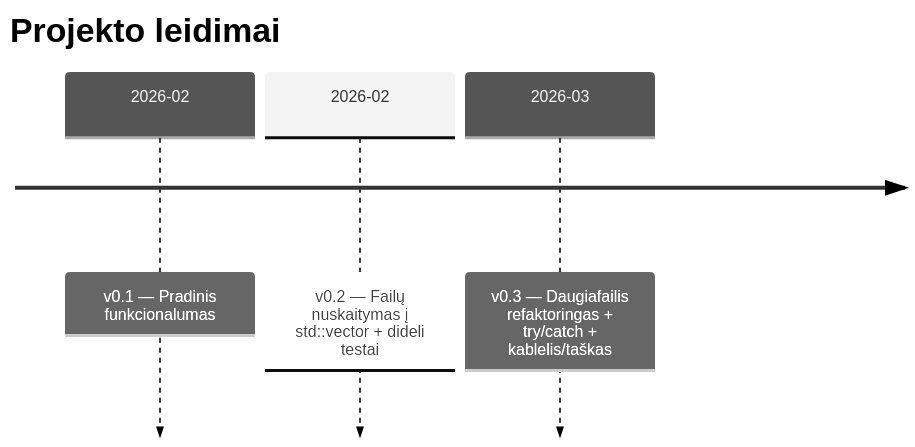
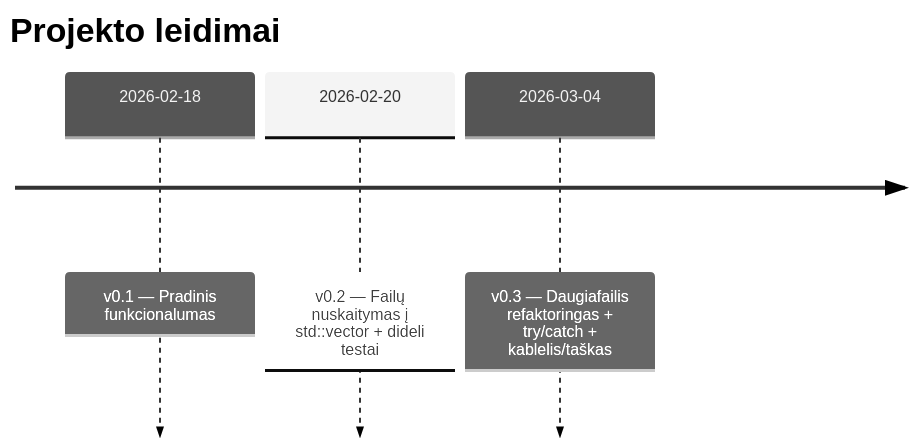
Before and after one commit to Mizerd/Object-oriented-programming: the diagram in README.md, drawn with Mermaid (neutral theme). The commit also changed other lines of this file, not shown here.

````diff
--- a/README.md
+++ b/README.md
@@ -210,7 +192,7 @@
 ```mermaid
 timeline
   title Projekto leidimai
-  2026-02 : v0.1 — Pradinis funkcionalumas
-  2026-02 : v0.2 — Failų nuskaitymas į std::vector + dideli testai
-  2026-03 : v0.3 — Daugiafailis refaktoringas + try/catch + kablelis/taškas
+  2026-02-18 : v0.1 — Pradinis funkcionalumas
+  2026-02-20 : v0.2 — Failų nuskaitymas į std::vector + dideli testai
+  2026-03-04 : v0.3 — Daugiafailis refaktoringas + try/catch + kablelis/taškas
 ```
````
